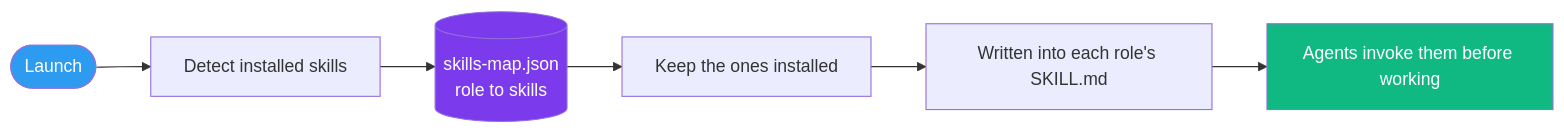
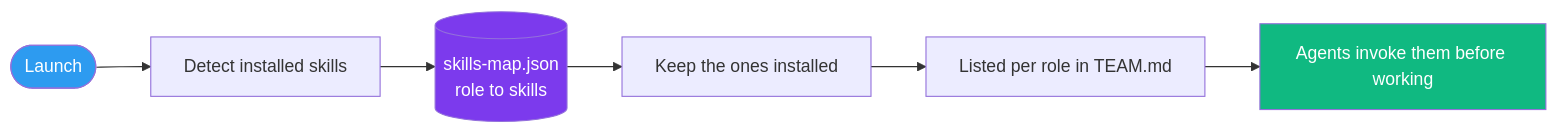
One commit to ELPEDRU/it-workshop changed the third of 4 diagrams in README.md. Above: the diagram before and after it, drawn with Mermaid. The commit also changed other lines of this file and 5 other files, not shown here.

````diff
--- a/README.md
+++ b/README.md
@@ -151,12 +150,12 @@
 ```mermaid
 flowchart LR
     Launch([Launch]) --> Detect[Detect installed skills]
     Detect --> Map[(skills-map.json\nrole to skills)]
     Map --> Match[Keep the ones installed]
-    Match --> Role[Written into each role's SKILL.md]
+    Match --> Role[Listed per role in TEAM.md]
     Role --> Use[Agents invoke them before working]
 
     style Launch fill:#2d9bf0,color:#fff
     style Map fill:#7c3aed,color:#fff
     style Use fill:#10b981,color:#fff
 ```
````
